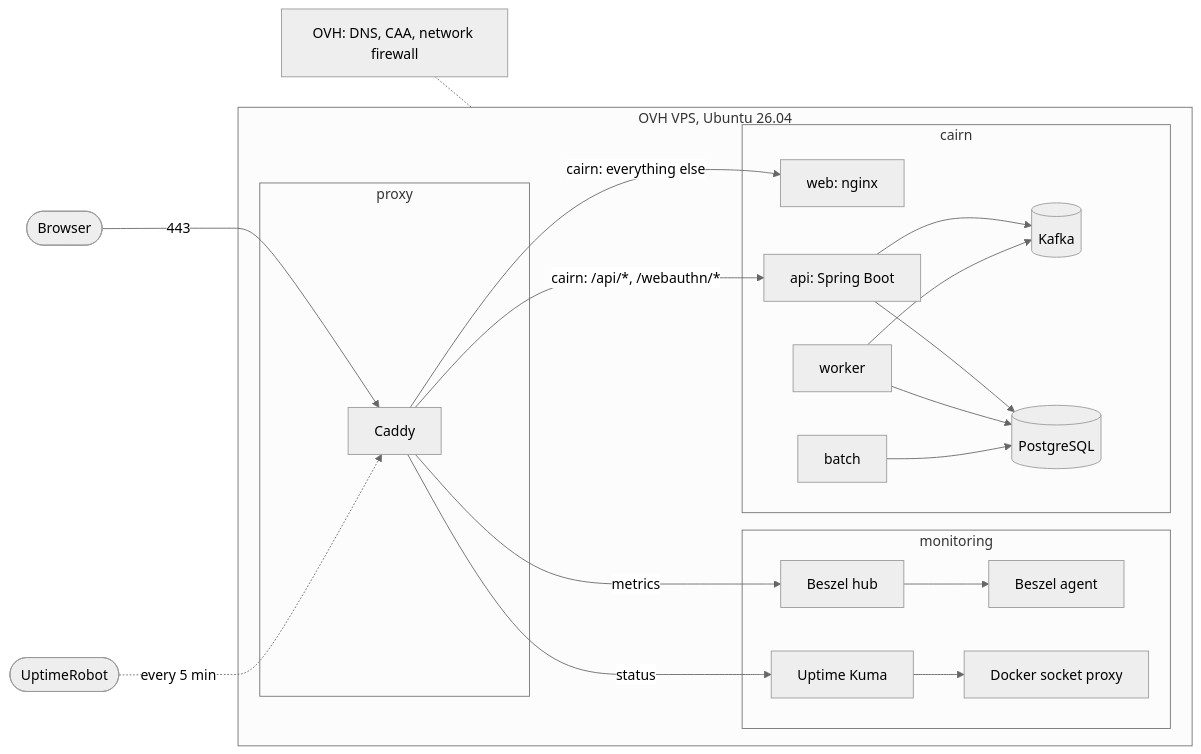
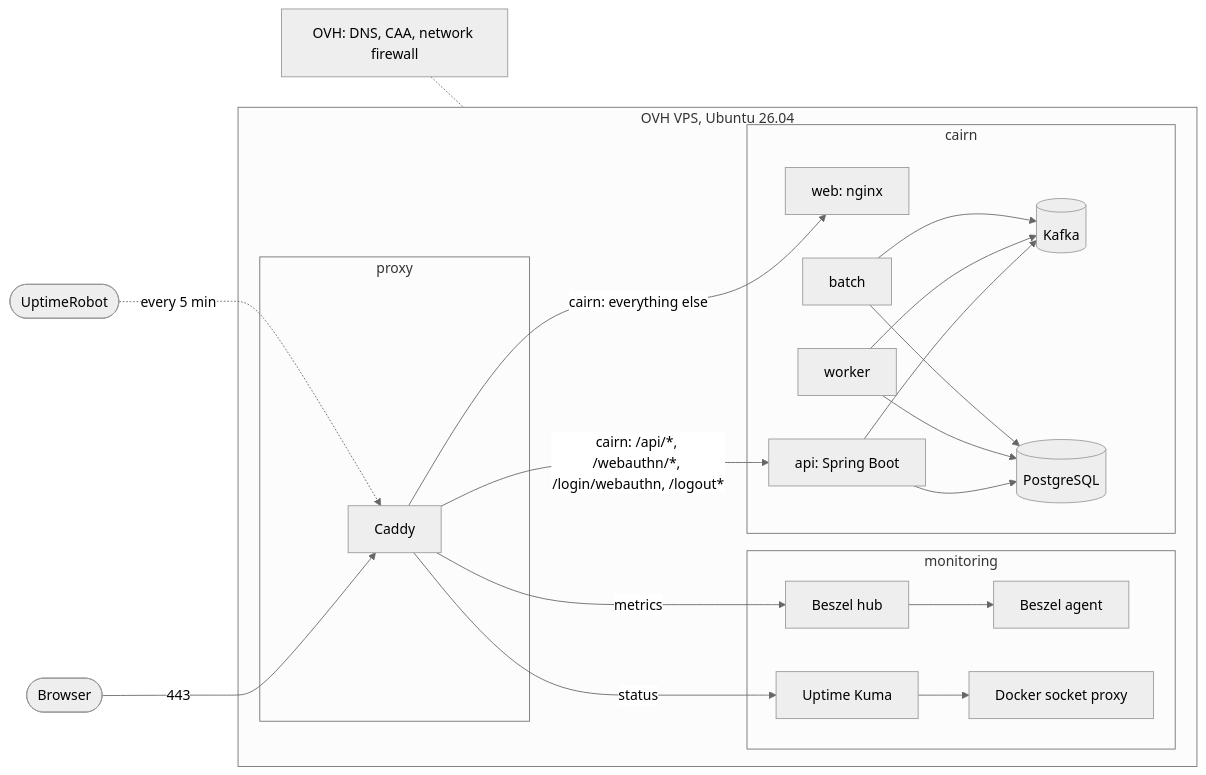
One commit to JoanRoucoux/infra changed the diagram in README.md. Above: the diagram before and after it, drawn with Mermaid (neutral theme). The commit also changed other lines of this file, not shown here.

````diff
--- a/README.md
+++ b/README.md
@@ -13,36 +14,37 @@
 ```mermaid
 flowchart LR
     browser([Browser]) -->|443| caddy
     robot([UptimeRobot]) -.->|every 5 min| caddy
     ovh[OVH: DNS, CAA, network firewall] -.- host
     subgraph host [OVH VPS, Ubuntu 26.04]
         subgraph proxy [proxy]
             caddy[Caddy]
         end
         subgraph monitoring [monitoring]
             kuma[Uptime Kuma]
             beszel[Beszel hub]
             agent[Beszel agent]
             socket[Docker socket proxy]
         end
         subgraph cairn [cairn]
             web[web: nginx]
             api[api: Spring Boot]
             worker[worker]
             batch[batch]
             kafka[(Kafka)]
             postgres[(PostgreSQL)]
         end
     end
-    caddy -->|"cairn: /api/*, /webauthn/*"| api
+    caddy -->|"cairn: /api/*, /webauthn/*, /login/webauthn, /logout*"| api
     caddy -->|"cairn: everything else"| web
     caddy -->|status| kuma
     caddy -->|metrics| beszel
     api --> postgres
     api --> kafka
     worker --> kafka
     worker --> postgres
     batch --> postgres
+    batch --> kafka
     kuma --> socket
     beszel --> agent
 ```
````
